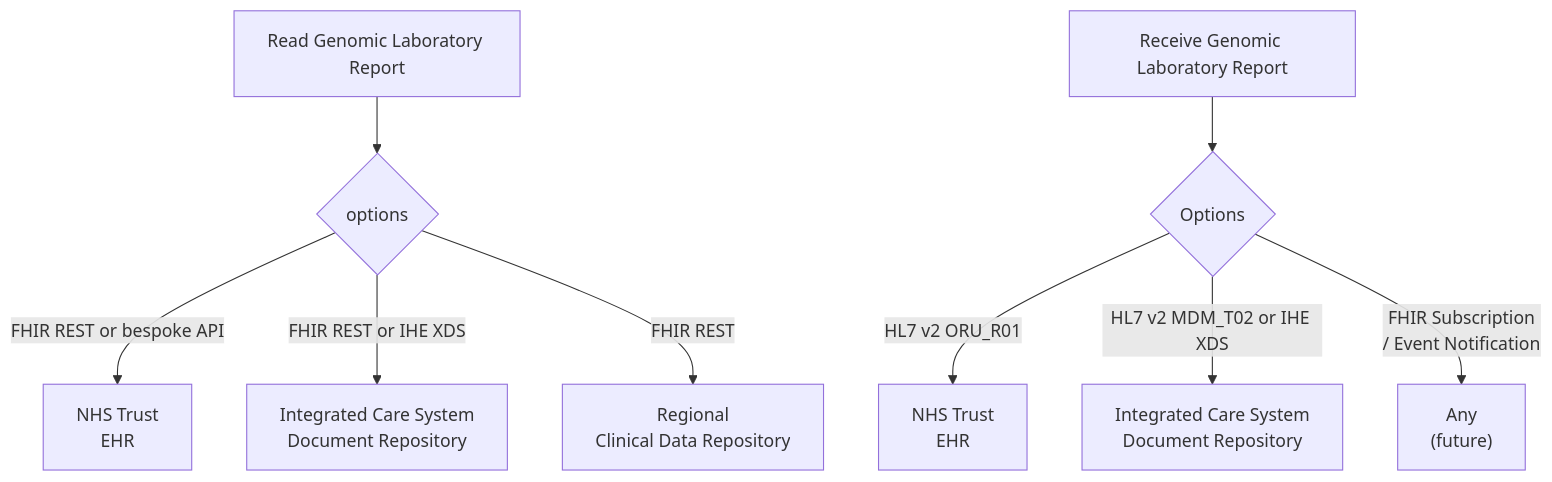
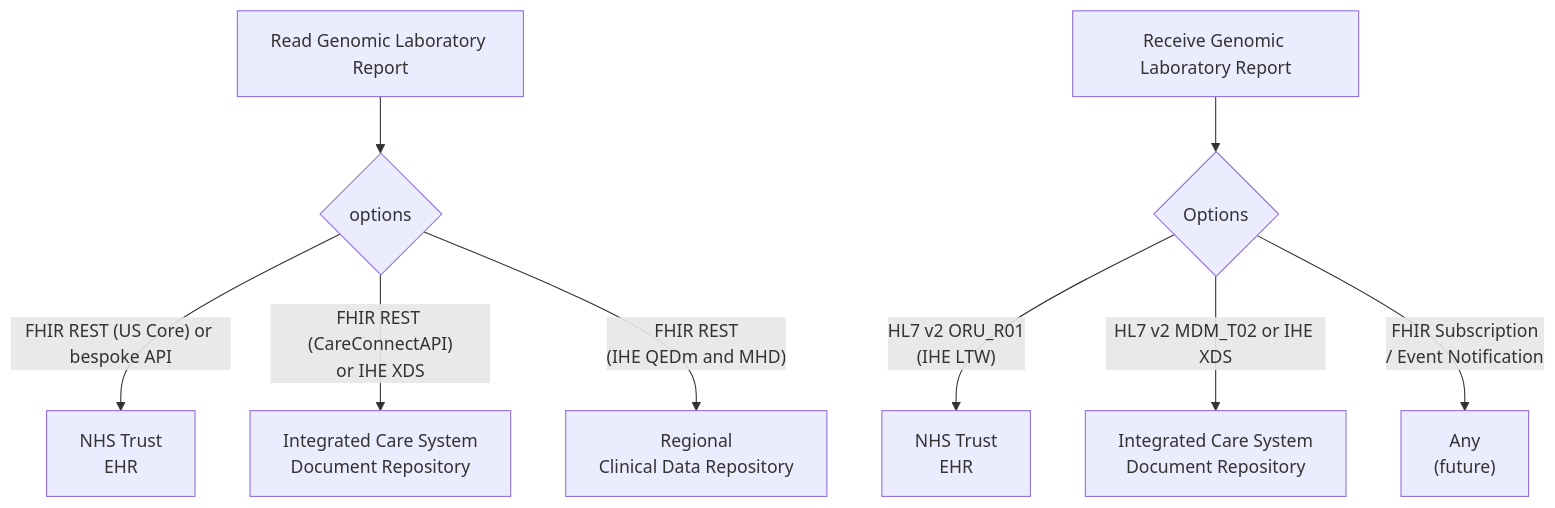
The second of 2 diagrams in input/pagecontent/index.md (uk-gov-mirror/nw-gmsa.nw-gmsa.github.com), drawn with Mermaid before and after one commit.

Commit message:
Genomic Test Order and Report Example Scenario

````diff
--- a/input/pagecontent/index.md
+++ b/input/pagecontent/index.md
@@ -61,12 +61,12 @@
 ```mermaid
 graph TD;
     Read[Read Genomic Laboratory Report]-->O
-    O{options} --> |FHIR REST or bespoke API| EHR[NHS Trust<br/>EHR] 
-    O --> |FHIR REST or IHE XDS| ICS[Integrated Care System <br/> Document Repository]
-    O --> |FHIR REST| CDR[Regional <br/> Clinical Data Repository]
+    O{options} --> |"FHIR REST (US Core) or bespoke API"| EHR[NHS Trust<br/>EHR] 
+    O --> |"FHIR REST (CareConnectAPI)<br/>or IHE XDS"| ICS[Integrated Care System <br/> Document Repository]
+    O --> |"FHIR REST<br/>(IHE QEDm and MHD)"| CDR[Regional <br/> Clinical Data Repository]
 
     Receive[Receive Genomic Laboratory Report] --> OR{Options}
-    OR --> |HL7 v2 ORU_R01| EHRTIE[NHS Trust<br/>EHR] 
+    OR --> |"HL7 v2 ORU_R01<br/>(IHE LTW)"| EHRTIE[NHS Trust<br/>EHR] 
     OR --> |HL7 v2 MDM_T02 or IHE XDS| ICSTIE[Integrated Care System <br/> Document Repository]
     OR --> |FHIR Subscription <br/>/ Event Notification| Any["Any <br/>(future)"]
 ```
````
